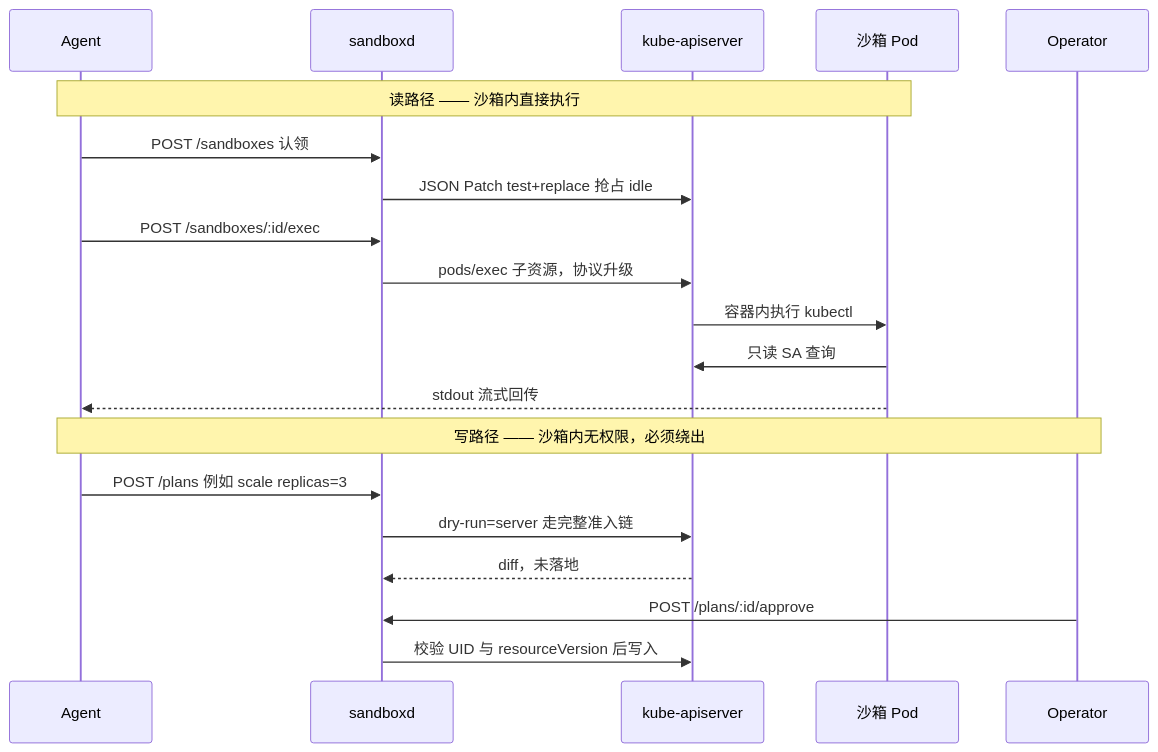
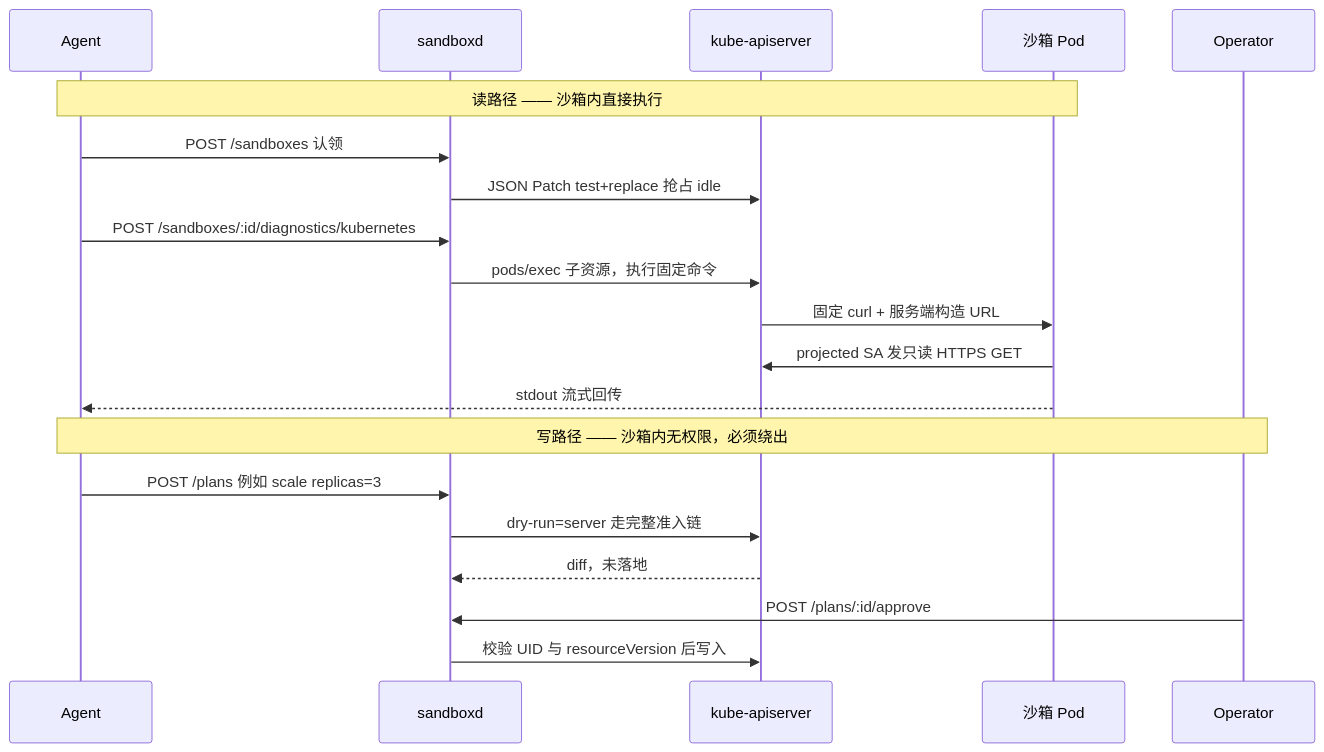
Before and after one commit to chx739/sandboxd: the second of 2 diagrams in README.md, drawn with Mermaid. The commit also changed other lines of this file and 7 other files, not shown here.

````diff
--- a/README.md
+++ b/README.md
@@ -27,24 +31,24 @@
 ```mermaid
 sequenceDiagram
     participant A as Agent
     participant S as sandboxd
     participant K as kube-apiserver
     participant P as 沙箱 Pod
     participant O as Operator
 
     Note over A,P: 读路径 —— 沙箱内直接执行
     A->>S: POST /sandboxes 认领
     S->>K: JSON Patch test+replace 抢占 idle
-    A->>S: POST /sandboxes/:id/exec
-    S->>K: pods/exec 子资源，协议升级
-    K->>P: 容器内执行 kubectl
-    P->>K: 只读 SA 查询
+    A->>S: POST /sandboxes/:id/diagnostics/kubernetes
+    S->>K: pods/exec 子资源，执行固定命令
+    K->>P: 固定 curl + 服务端构造 URL
+    P->>K: projected SA 发只读 HTTPS GET
     P-->>A: stdout 流式回传
 
     Note over A,O: 写路径 —— 沙箱内无权限，必须绕出
     A->>S: POST /plans 例如 scale replicas=3
     S->>K: dry-run=server 走完整准入链
     K-->>S: diff，未落地
     O->>S: POST /plans/:id/approve
     S->>K: 校验 UID 与 resourceVersion 后写入
 ```
````
